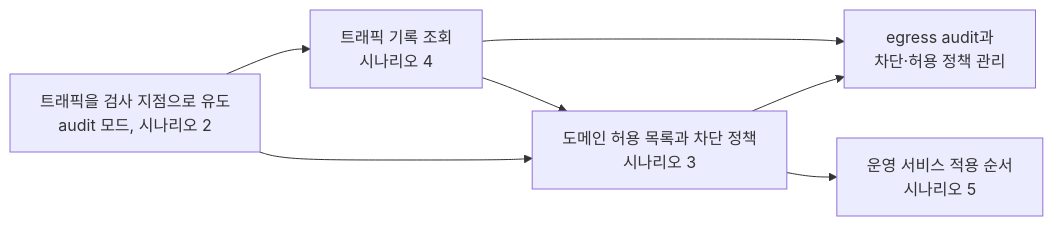
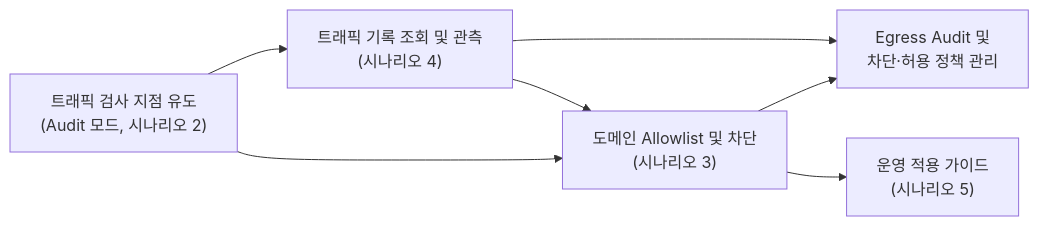
The first of 2 diagrams in aws/network-firewall/egress-filtering/docs/1-feature-map.md (choisungwook/portfolio), drawn with Mermaid before and after one commit. The commit also changed other lines of this file and 9 other files, not shown here.

````diff
--- a/aws/network-firewall/egress-filtering/docs/1-feature-map.md
+++ b/aws/network-firewall/egress-filtering/docs/1-feature-map.md
@@ -25,12 +37,13 @@
 ```mermaid
 flowchart LR
-  Goal["egress audit과<br/>차단·허용 정책 관리"]
-  Inspect["트래픽을 검사 지점으로 유도<br/>audit 모드, 시나리오 2"]
-  Observe["트래픽 기록 조회<br/>시나리오 4"]
-  Filter["도메인 허용 목록과 차단 정책<br/>시나리오 3"]
-  Rollout["운영 서비스 적용 순서<br/>시나리오 5"]
+  Goal["Egress Audit 및<br/>차단·허용 정책 관리"]
+  Inspect["트래픽 검사 지점 유도<br/>(Audit 모드, 시나리오 2)"]
+  Observe["트래픽 기록 조회 및 관측<br/>(시나리오 4)"]
+  Filter["도메인 Allowlist 및 차단<br/>(시나리오 3)"]
+  Rollout["운영 적용 가이드<br/>(시나리오 5)"]
+
   Inspect --> Observe --> Goal
   Inspect --> Filter --> Goal
   Observe --> Filter
   Filter --> Rollout
 ```
````
